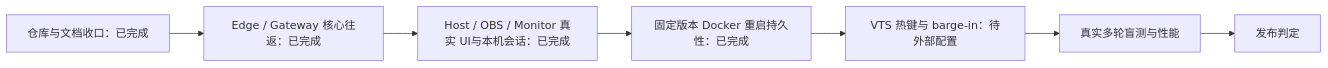
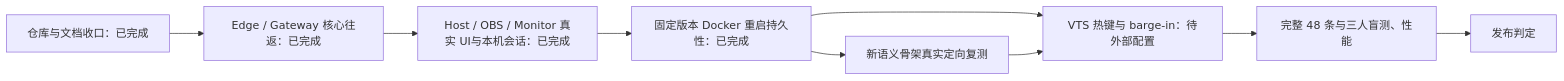
Before and after one commit to SakuraYoruno/Natsume_Ai: the diagram in docs/30_devspec/NEXT_GENERATION_EVOLUTION_EXECUTION.md, drawn with Mermaid. The commit also changed other lines of this file and 21 other files, not shown here.

````diff
--- a/docs/30_devspec/NEXT_GENERATION_EVOLUTION_EXECUTION.md
+++ b/docs/30_devspec/NEXT_GENERATION_EVOLUTION_EXECUTION.md
@@ -31,9 +32,11 @@
 ```mermaid
 flowchart LR
     A["仓库与文档收口：已完成"] --> B["Edge / Gateway 核心往返：已完成"]
     B --> C["Host / OBS / Monitor 真实 UI与本机会话：已完成"]
     C --> D["固定版本 Docker 重启持久性：已完成"]
     D --> E["VTS 热键与 barge-in：待外部配置"]
-    E --> F["真实多轮盲测与性能"]
-    F --> G["发布判定"]
+    D --> F["新语义骨架真实定向复测"]
+    F --> E
+    E --> G["完整 48 条与三人盲测、性能"]
+    G --> H["发布判定"]
 ```
````
